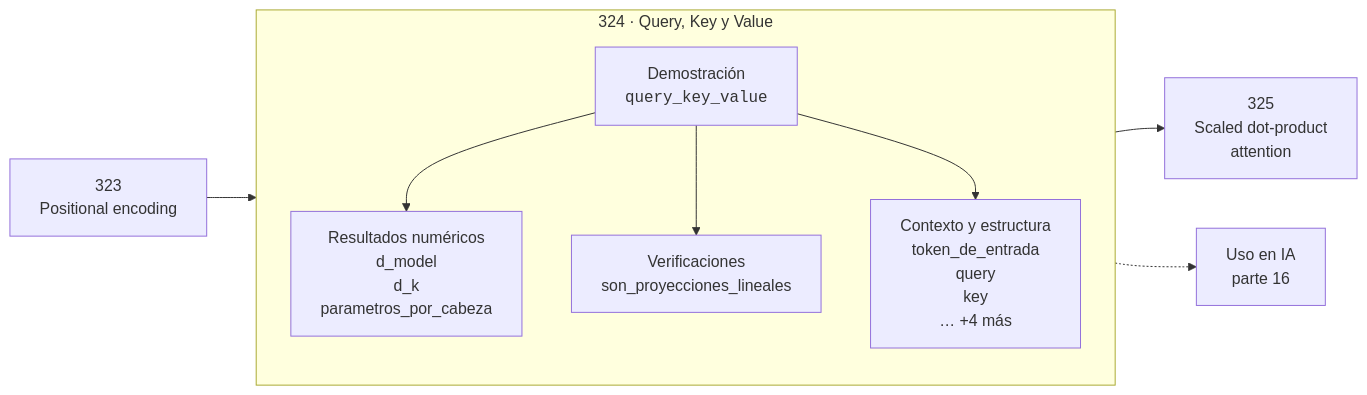
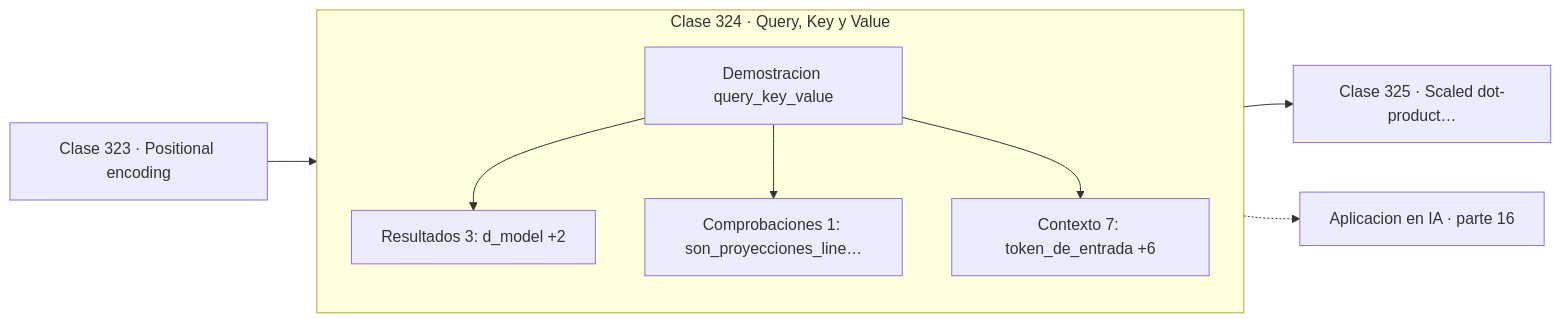
The diagram in classes/part-16-matematica-de-transformers-modelos-generativos-grafos-y-rl/324-query-key-y-value/README.md (vladimiracunadev-create/computational-mathematics-program), drawn with Mermaid before and after one commit. The commit also changed 389 other files, not shown here.

First line of the commit message:
fix(diagramas): elimina el HTML de las etiquetas Mermaid

````diff
--- a/classes/part-16-matematica-de-transformers-modelos-generativos-grafos-y-rl/324-query-key-y-value/README.md
+++ b/classes/part-16-matematica-de-transformers-modelos-generativos-grafos-y-rl/324-query-key-y-value/README.md
@@ -30,12 +30,13 @@
 ```mermaid
 flowchart LR
-    P["323<br/>Positional encoding"] --> C
-    subgraph C["324 · Query, Key y Value"]
+    P["Clase 323 · Positional encoding"] --> D
+    subgraph CLASE["Clase 324 · Query, Key y Value"]
         direction TB
-        D["Demostración<br/><code>query_key_value</code>"] --> R["Resultados numéricos<br/>d_model<br/>d_k<br/>parametros_por_cabeza"]
-        D --> V["Verificaciones<br/>son_proyecciones_lineales"]
-        D --> O["Contexto y estructura<br/>token_de_entrada<br/>query<br/>key<br/>… +4 más"]
+        D["Demostracion query_key_value"]
+        D --> R["Resultados 3: d_model +2"]
+        D --> V["Comprobaciones 1: son_proyecciones_line…"]
+        D --> O["Contexto 7: token_de_entrada +6"]
     end
-    C --> N["325<br/>Scaled dot-product<br/>attention"]
-    C -.-> IA["Uso en IA<br/>parte 16"]
+    R --> N["Clase 325 · Scaled dot-product…"]
+    V -.-> IA["Aplicacion en IA · parte 16"]
 ```
````
